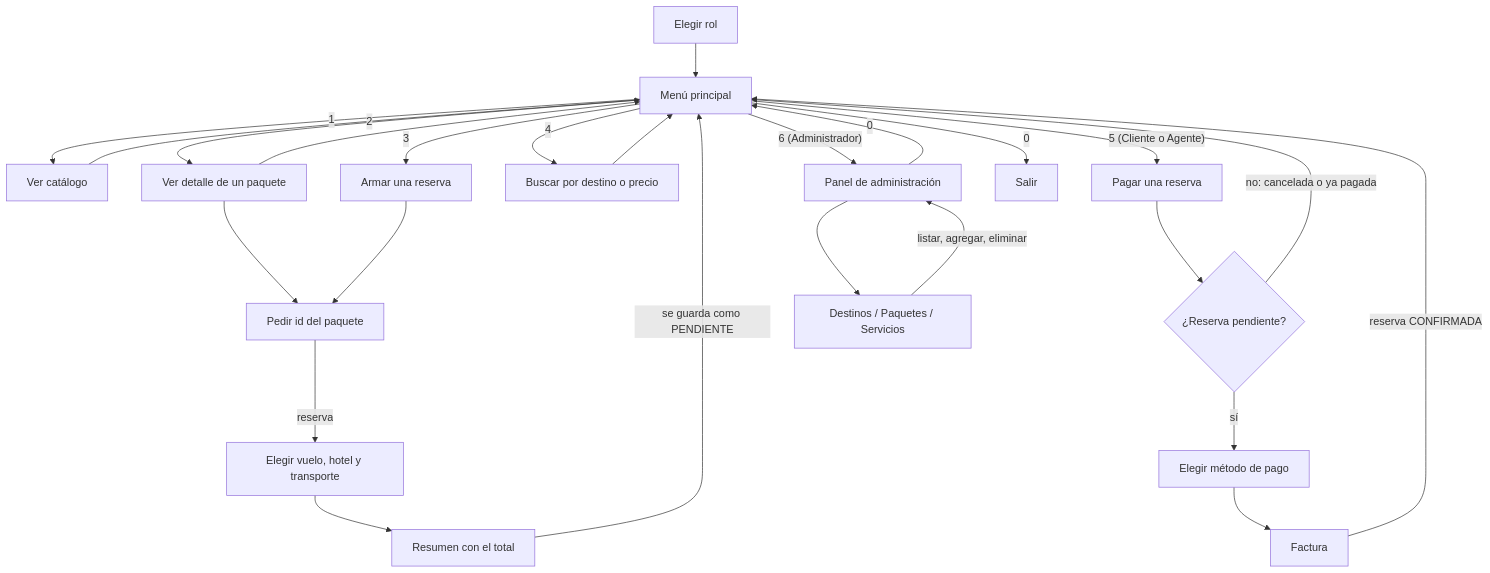
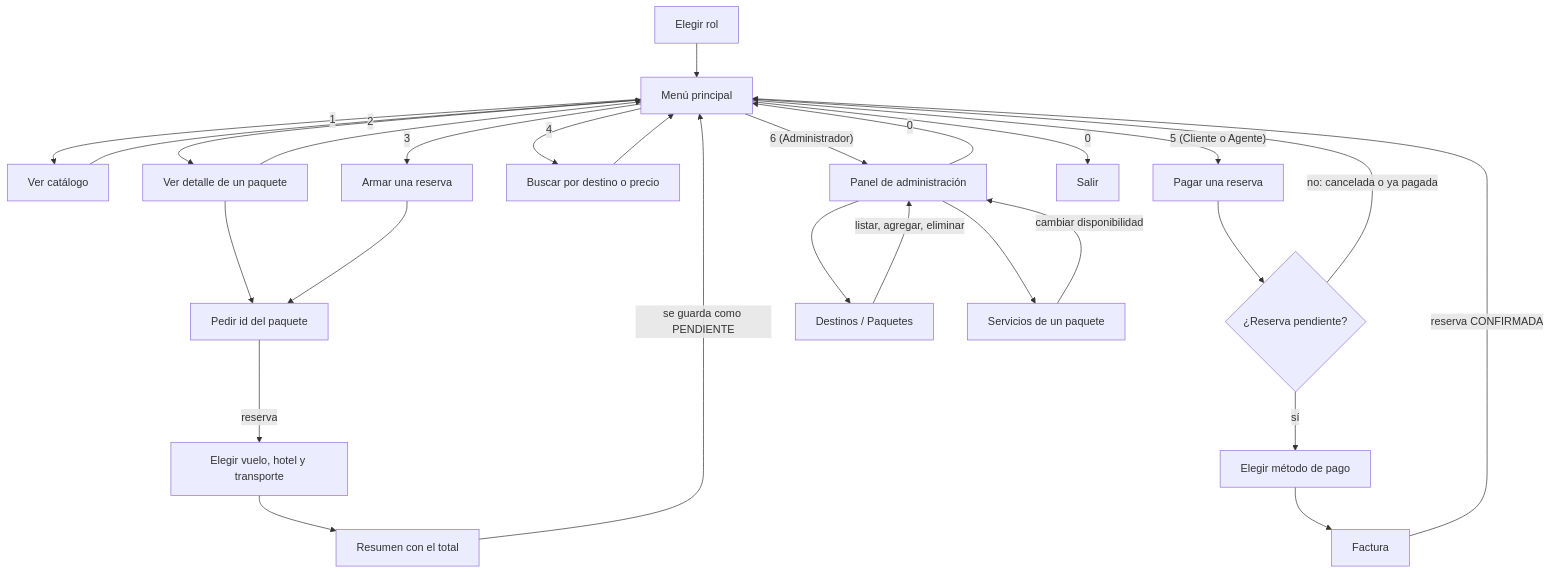
The second of 2 diagrams in docs/Diagramas/Wireframes.md (sierrajuan2005/travelgo), drawn with Mermaid before and after one commit. The commit also changed other lines of this file, not shown here.

Commit message:
docs(frontend): describir el panel básico de servicios en los wireframes

````diff
--- a/docs/Diagramas/Wireframes.md
+++ b/docs/Diagramas/Wireframes.md
@@ -139,27 +139,29 @@
 ```mermaid
 flowchart TD
     Rol["Elegir rol"] --> Menu["Menú principal"]
     Menu -->|"1"| Catalogo["Ver catálogo"]
     Menu -->|"2"| Detalle["Ver detalle de un paquete"]
     Menu -->|"3"| Reserva["Armar una reserva"]
     Menu -->|"4"| Buscar["Buscar por destino o precio"]
     Menu -->|"5 (Cliente o Agente)"| Pago["Pagar una reserva"]
     Menu -->|"6 (Administrador)"| Admin["Panel de administración"]
     Buscar --> Menu
     Menu -->|"0"| Salir["Salir"]
     Detalle --> Id["Pedir id del paquete"]
     Reserva --> Id
     Id -->|"reserva"| Servicios["Elegir vuelo, hotel y transporte"]
     Servicios --> Resumen["Resumen con el total"]
     Resumen -->|"se guarda como PENDIENTE"| Menu
     Pago --> Valida{"¿Reserva pendiente?"}
     Valida -->|"no: cancelada o ya pagada"| Menu
     Valida -->|"sí"| Metodo["Elegir método de pago"]
     Metodo --> Factura["Factura"]
     Factura -->|"reserva CONFIRMADA"| Menu
-    Admin --> Gestion["Destinos / Paquetes / Servicios"]
+    Admin --> Gestion["Destinos / Paquetes"]
     Gestion -->|"listar, agregar, eliminar"| Admin
+    Admin --> ServiciosAdmin["Servicios de un paquete"]
+    ServiciosAdmin -->|"cambiar disponibilidad"| Admin
     Admin -->|"0"| Menu
     Catalogo --> Menu
     Detalle --> Menu
 ```
````
